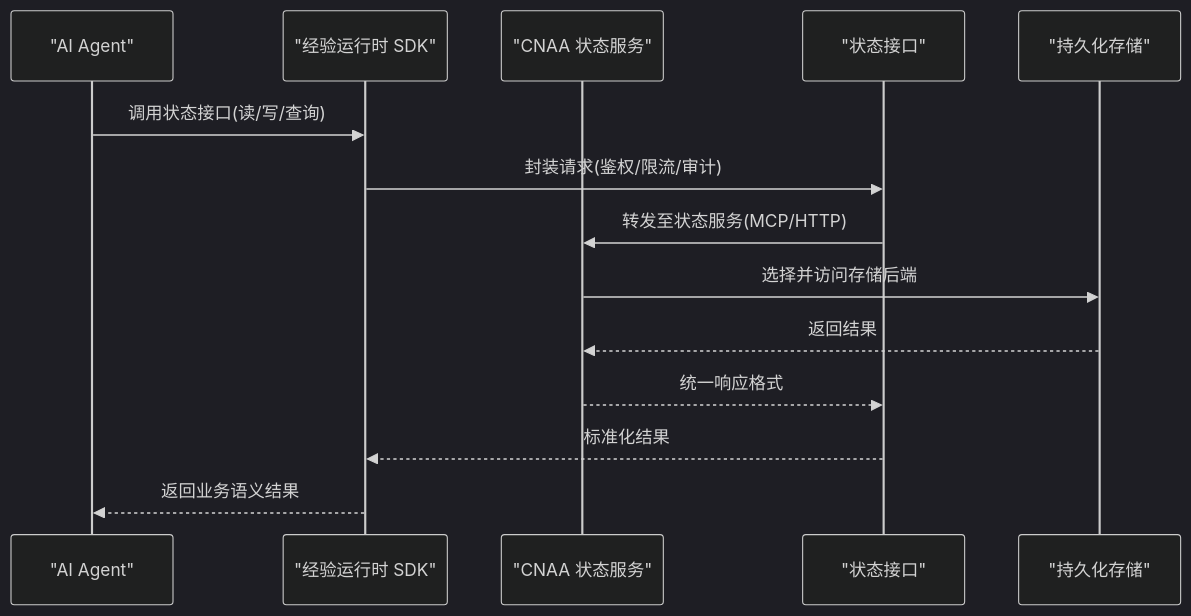
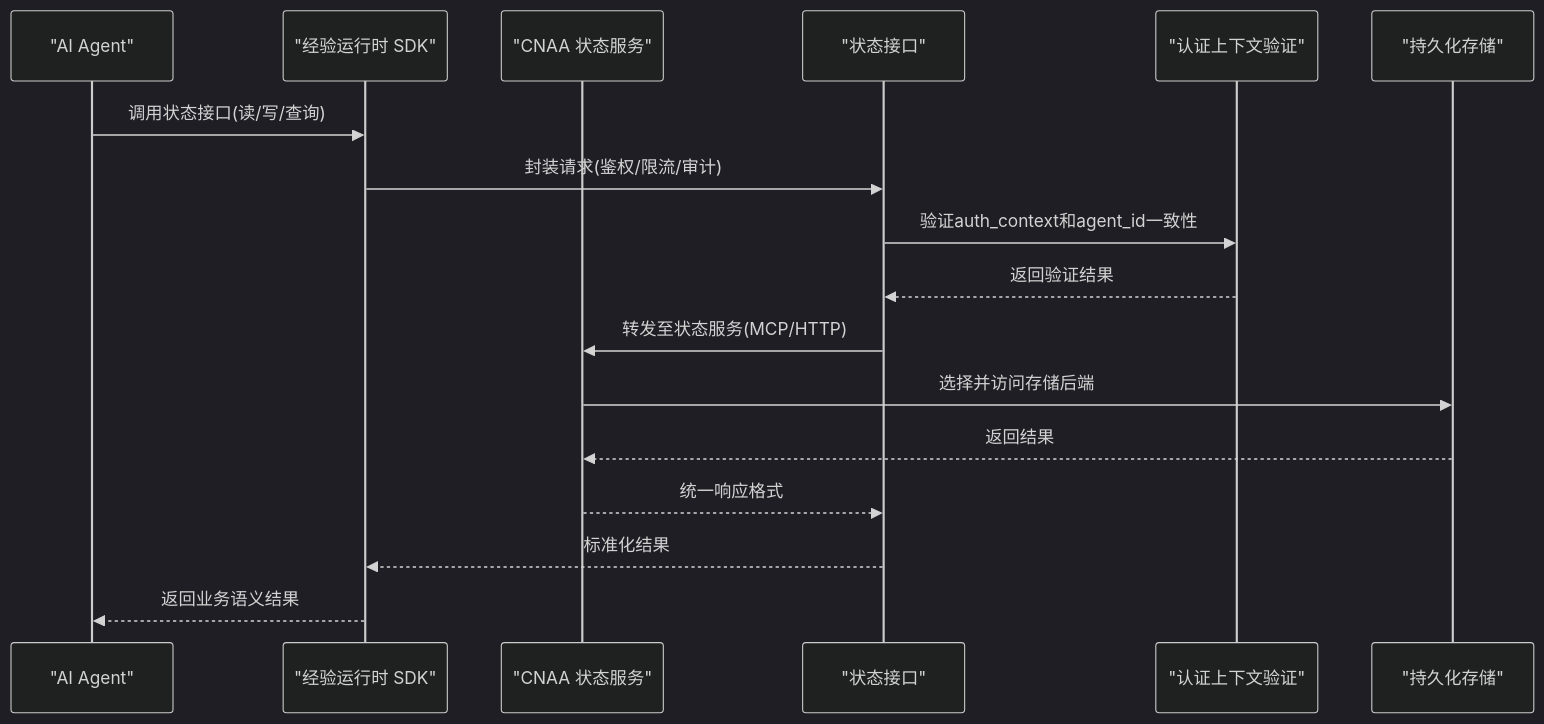
Before and after one commit to lgx236/CNAA-Cloud-Native-Agent-Architecture-: the second of 8 diagrams in .qoder/repowiki/zh/content/集成指南/存储后端.md, drawn with Mermaid (dark theme). The commit also changed other lines of this file and 98 other files, not shown here.

Commit message:
feat: Add cloud-local distributed architecture configuration & deployment docs

````diff
--- a/.qoder/repowiki/zh/content/集成指南/存储后端.md
+++ b/.qoder/repowiki/zh/content/集成指南/存储后端.md
@@ -65,16 +84,19 @@
 ```mermaid
 sequenceDiagram
 participant A as "AI Agent"
 participant R as "经验运行时 SDK"
 participant S as "CNAA 状态服务"
 participant I as "状态接口"
+participant AC as "认证上下文验证"
 participant D as "持久化存储"
 A->>R : 调用状态接口(读/写/查询)
 R->>I : 封装请求(鉴权/限流/审计)
+I->>AC : 验证auth_context和agent_id一致性
+AC-->>I : 返回验证结果
 I->>S : 转发至状态服务(MCP/HTTP)
 S->>D : 选择并访问存储后端
 D-->>S : 返回结果
 S-->>I : 统一响应格式
 I-->>R : 标准化结果
 R-->>A : 返回业务语义结果
 ```
````
